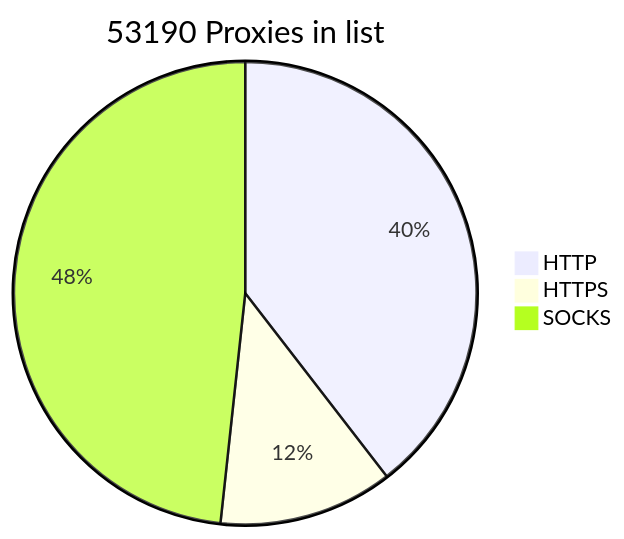
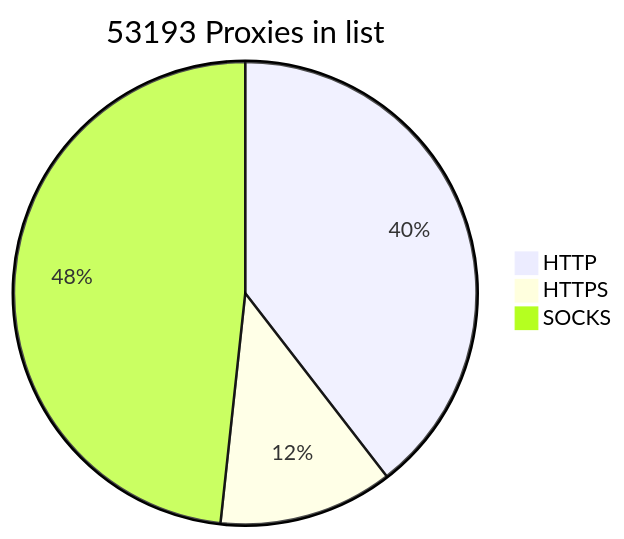
The diagram in README.md (BlackSnowDot/proxylist-update-every-minute), drawn with Mermaid before and after one commit.

````diff
--- a/README.md
+++ b/README.md
@@ -2,6 +2,6 @@
 ```mermaid
-pie title 53190 Proxies in list
+pie title 53193 Proxies in list
     "HTTP" : 23480
-    "HTTPS": 7235
-    "SOCKS" : 28682
+    "HTTPS": 7236
+    "SOCKS" : 28684
 ```
````
